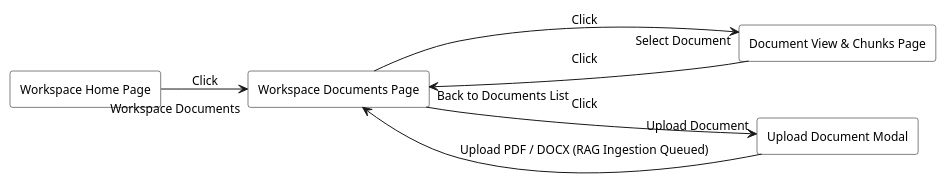
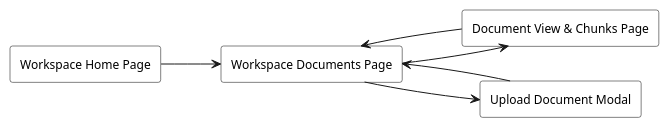
One commit to WarpTalk-CapstoneProject/warptalk-backend changed the diagram in .agents/resources/screen flow/workspace/03-workspace-documents-screen-flow.puml. Above: the diagram before and after it, drawn with PlantUML. The commit also changed 186 other files, not shown here.

Commit message:
docs: finalize sequence diagrams, class diagrams, specs and postman assets

```diff
--- a/.agents/resources/screen flow/workspace/03-workspace-documents-screen-flow.puml
+++ b/.agents/resources/screen flow/workspace/03-workspace-documents-screen-flow.puml
@@ -1,25 +1,25 @@
 @startuml
 skinparam monochrome true
 skinparam shadowing false
 skinparam defaultFontName Arial
 skinparam defaultFontSize 12
 skinparam rectangle {
   BackgroundColor white
   BorderColor black
 }
 left to right direction
 
 ' Screen Nodes & Modals
 rectangle "Workspace Home Page" as WorkspaceHome
 rectangle "Workspace Documents Page" as DocumentsPage
 rectangle "Document View & Chunks Page" as DocumentViewPage
 rectangle "Upload Document Modal" as UploadDocumentModal
 
 ' Workspace Documents Management Flow
-WorkspaceHome --> DocumentsPage : Click "Workspace Documents"
-DocumentsPage --> UploadDocumentModal : Click "Upload Document"
-UploadDocumentModal --> DocumentsPage : Upload PDF / DOCX (RAG Ingestion Queued)
-DocumentsPage --> DocumentViewPage : Click "Select Document"
-DocumentViewPage --> DocumentsPage : Click "Back to Documents List"
+WorkspaceHome --> DocumentsPage
+DocumentsPage --> UploadDocumentModal
+UploadDocumentModal --> DocumentsPage
+DocumentsPage --> DocumentViewPage
+DocumentViewPage --> DocumentsPage
 
 @enduml
```
